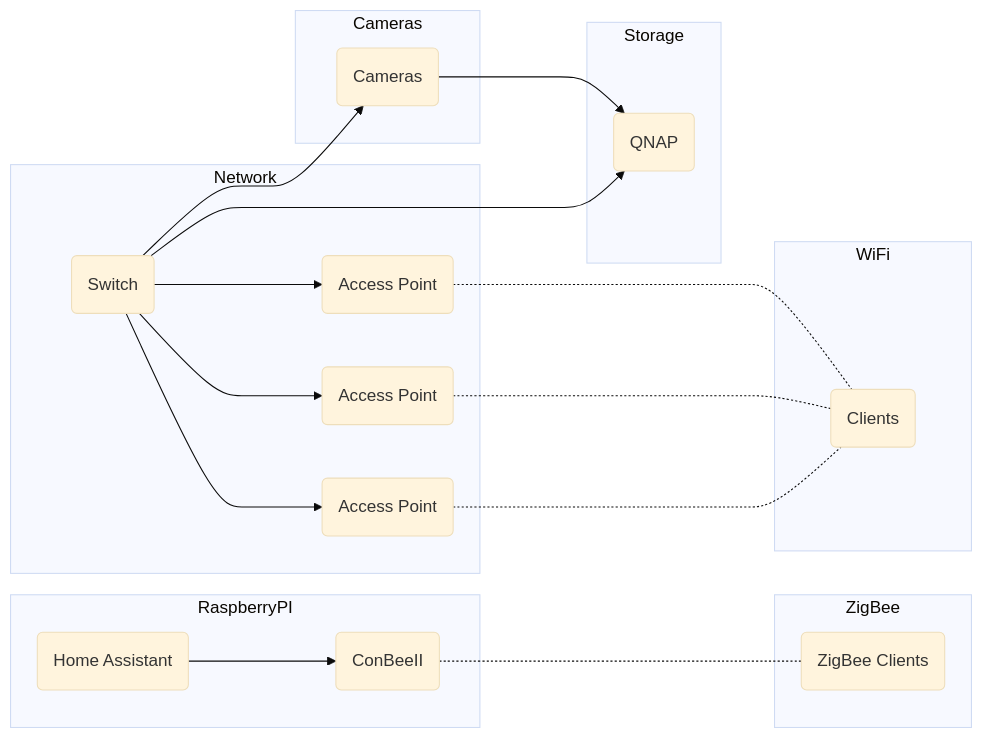
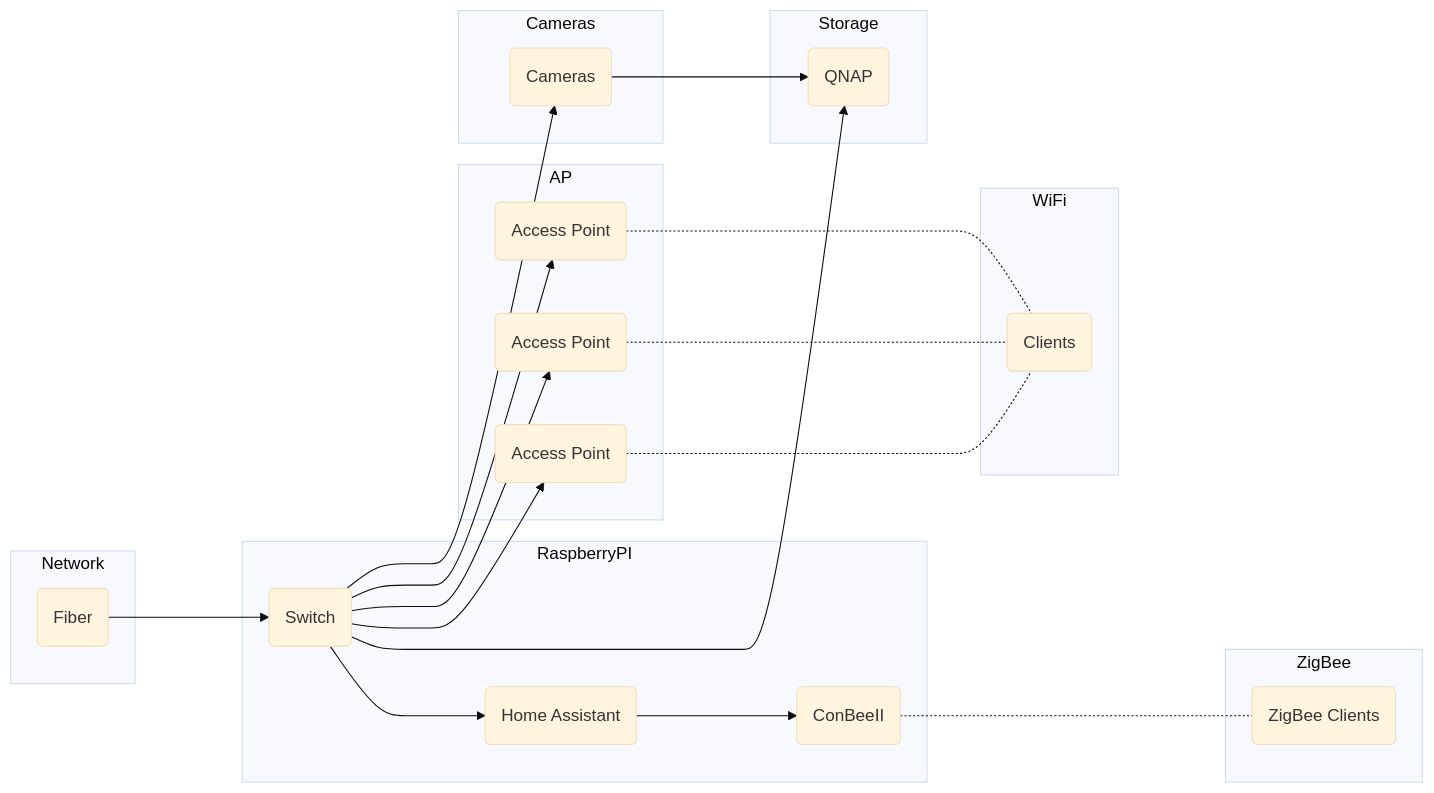
One commit to rangulvers/Homeautomation changed the diagram in README.md. Above: the diagram before and after it, drawn with Mermaid (base theme).

````diff
--- a/README.md
+++ b/README.md
@@ -60,26 +60,30 @@
 ```mermaid
     flowchart LR
         subgraph RaspberryPI
         ha1(Home Assistant) ---> ha2(ConBeeII)
+        net1 ---> ha1
         end
         subgraph ZigBee
         ha2 -...- zb1c(ZigBee Clients)
         end
         subgraph Network
+        fib1(Fiber) ---> net1
+        end
+        subgraph AP
         net1(Switch) ---> net2(Access Point)
         net1(Switch) ---> net3(Access Point)
         net1(Switch) ---> net4(Access Point)
         end
         subgraph Cameras
         net1(Switch) ---> cam1(Cameras)
         end
         subgraph WiFi
         net2 -...- wifi1(Clients)
         net3 -...- wifi1(Clients)
         net4 -...- wifi1(Clients)
         end
         subgraph Storage
         net1 ---> stor1(QNAP)
         cam1 ---> stor1
         end
 ```
````
